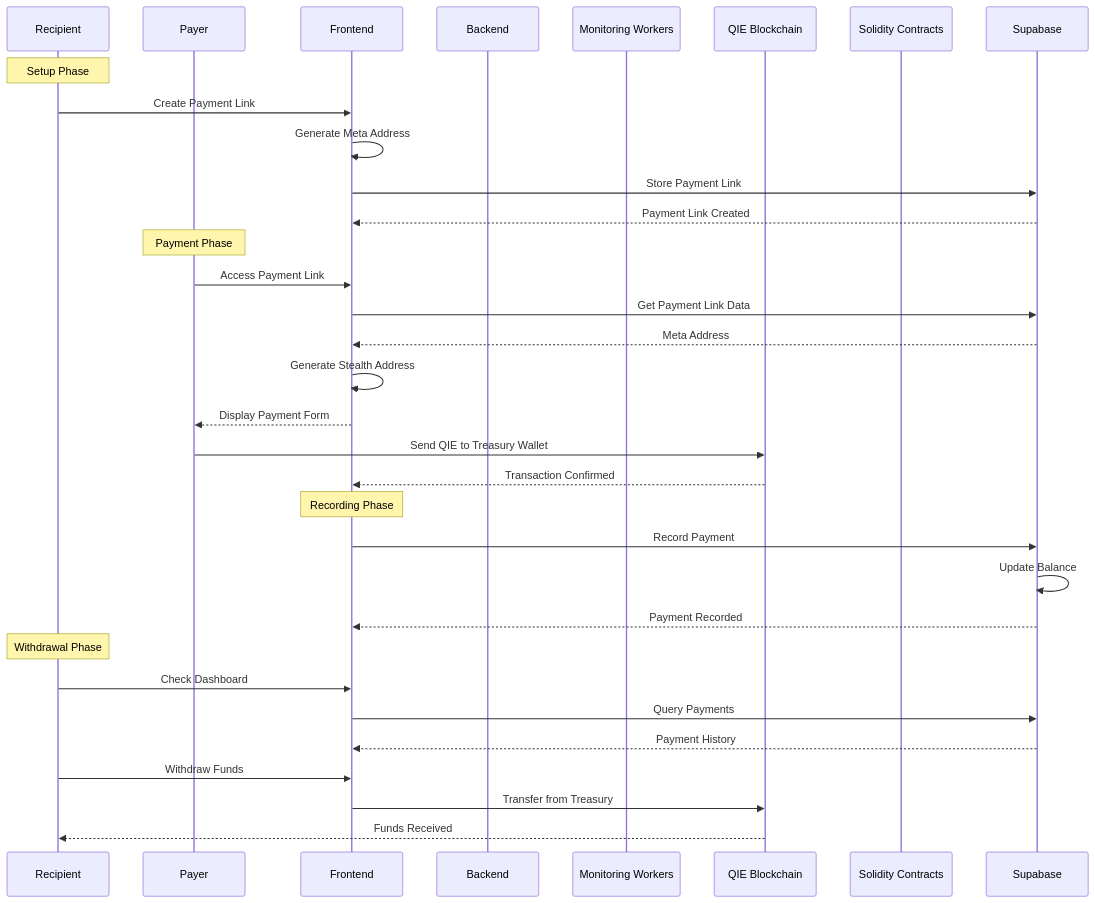
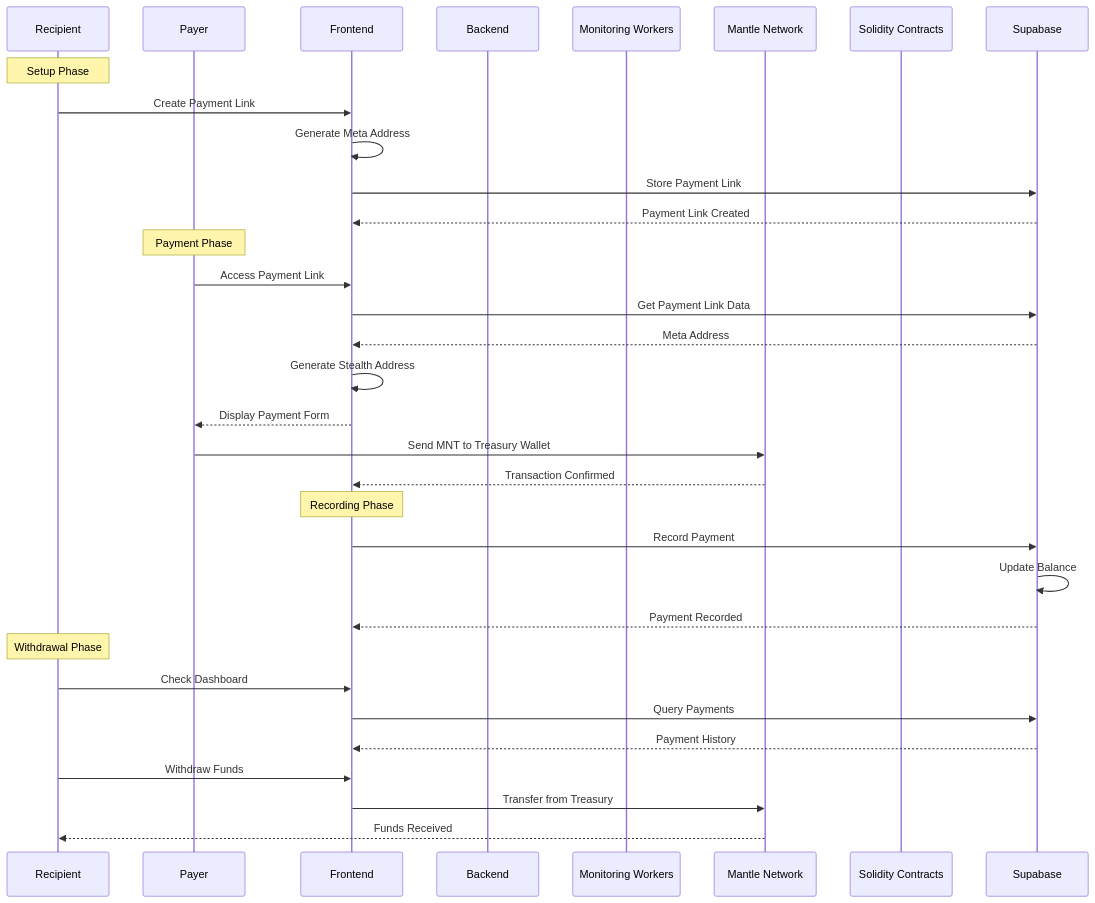
Before and after one commit to AmaanSayyad/Private-Pay-Mantle: the third of 8 diagrams in README.md, drawn with Mermaid. The commit also changed other lines of this file and 1 other file, not shown here.

First line of the commit message:
docs: Update README and add feature roadmap for Mantle hackathon

````diff
--- a/README.md
+++ b/README.md
@@ -341,38 +343,38 @@
 ```mermaid
 sequenceDiagram
     participant Recipient
     participant Payer
     participant Frontend
     participant Backend
     participant Workers as Monitoring Workers
-    participant QIE as QIE Blockchain
+    participant Mantle as Mantle Network
     participant Solidity as Solidity Contracts
     
     Note over Recipient: Setup Phase
     Recipient->>Frontend: Create Payment Link
     Frontend->>Frontend: Generate Meta Address
     Frontend->>Supabase: Store Payment Link
     Supabase-->>Frontend: Payment Link Created
     
     Note over Payer: Payment Phase
     Payer->>Frontend: Access Payment Link
     Frontend->>Supabase: Get Payment Link Data
     Supabase-->>Frontend: Meta Address
     Frontend->>Frontend: Generate Stealth Address
     Frontend-->>Payer: Display Payment Form
-    Payer->>QIE: Send QIE to Treasury Wallet
-    QIE-->>Frontend: Transaction Confirmed
+    Payer->>Mantle: Send MNT to Treasury Wallet
+    Mantle-->>Frontend: Transaction Confirmed
     
     Note over Frontend: Recording Phase
     Frontend->>Supabase: Record Payment
     Supabase->>Supabase: Update Balance
     Supabase-->>Frontend: Payment Recorded
     
     Note over Recipient: Withdrawal Phase
     Recipient->>Frontend: Check Dashboard
     Frontend->>Supabase: Query Payments
     Supabase-->>Frontend: Payment History
     Recipient->>Frontend: Withdraw Funds
-    Frontend->>QIE: Transfer from Treasury
-    QIE-->>Recipient: Funds Received
+    Frontend->>Mantle: Transfer from Treasury
+    Mantle-->>Recipient: Funds Received
 ```
````
